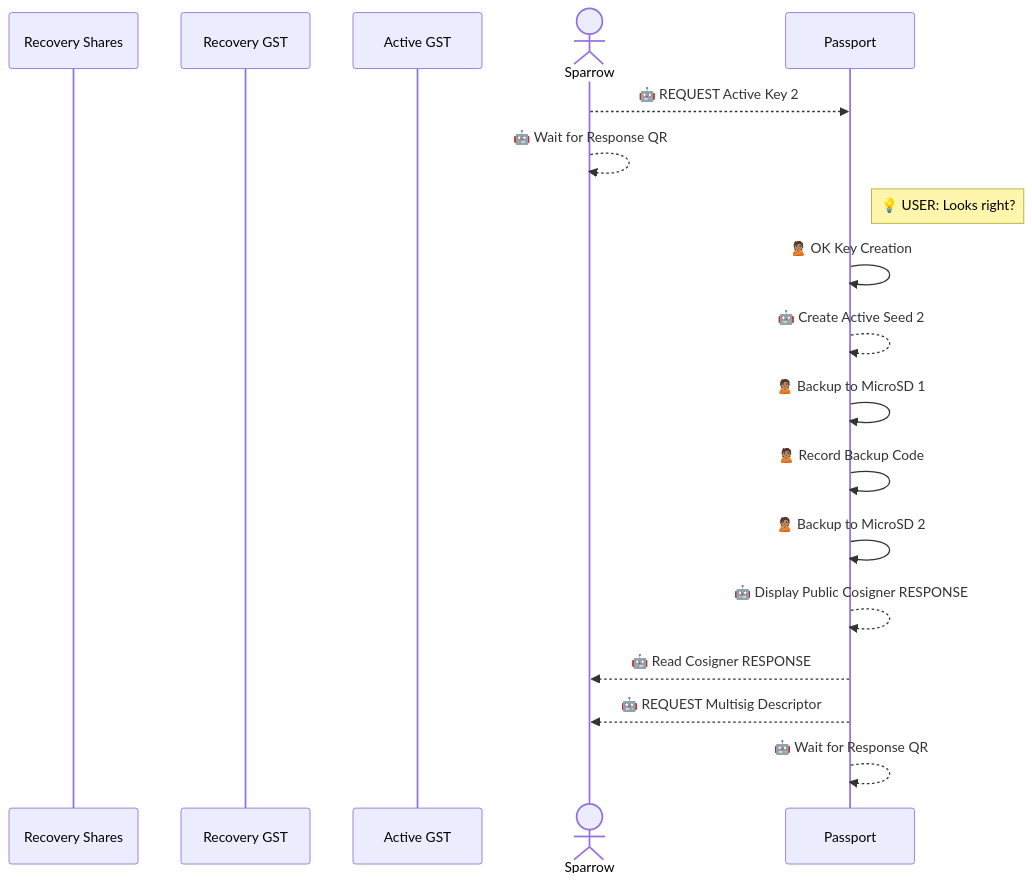
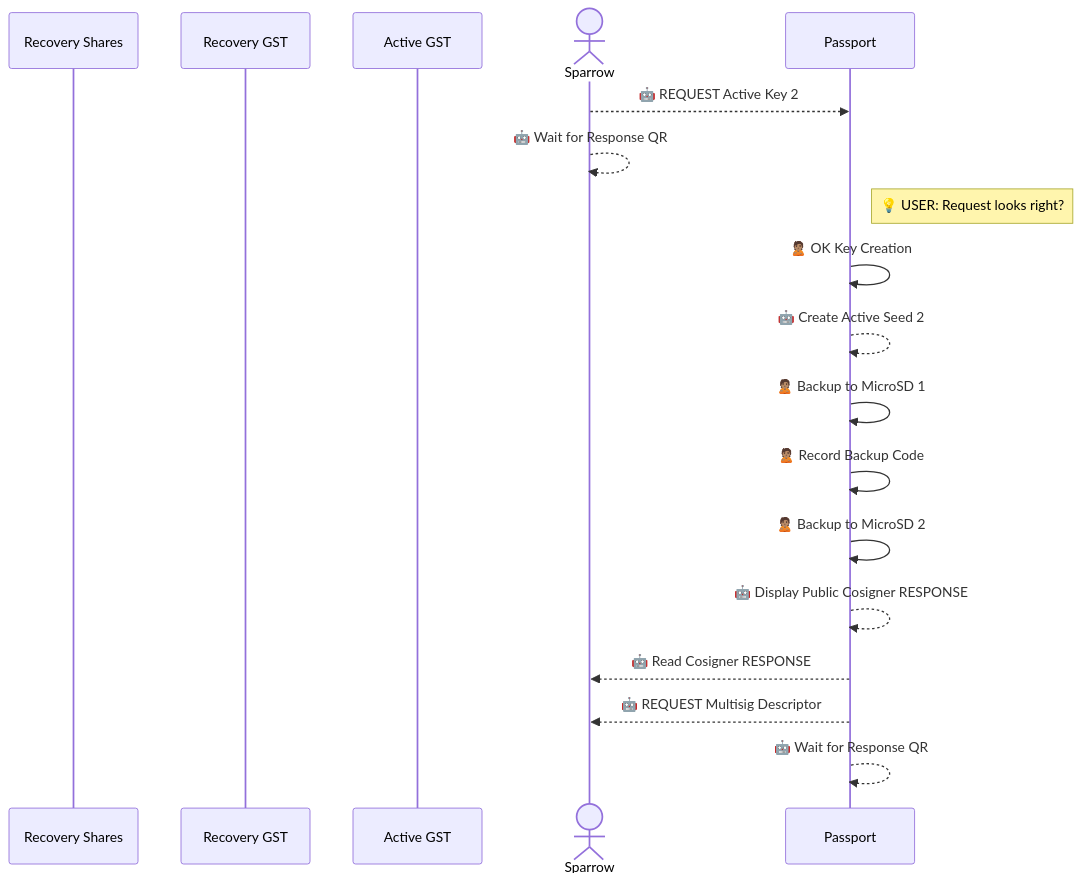
The tenth of 12 diagrams in Docs/Scenario-Multisig-RR.md (BlockchainCommons/SmartCustody), drawn with Mermaid before and after one commit. The commit also changed other lines of this file, not shown here.

````diff
--- a/Docs/Scenario-Multisig-RR.md
+++ b/Docs/Scenario-Multisig-RR.md
@@ -268,21 +270,21 @@
 ```mermaid
 sequenceDiagram
 participant Rs as Recovery Shares
 participant R as Recovery GST
 participant S1 as Active GST
 actor TC as Sparrow
 participant S2 as Passport
 
 TC-->>S2: 🤖 REQUEST Active Key 2
 TC-->>TC: 🤖 Wait for Response QR
-note right of S2: 💡 USER: Looks right?
+note right of S2: 💡 USER: Request looks right?
 S2->>S2: 🙎🏽 OK Key Creation
 S2-->>S2: 🤖 Create Active Seed 2
 S2->>S2: 🙎🏽 Backup to MicroSD 1
 S2->>S2: 🙎🏽 Record Backup Code
 S2->>S2: 🙎🏽 Backup to MicroSD 2
 S2-->>S2: 🤖 Display Public Cosigner RESPONSE
 S2-->>TC: 🤖 Read Cosigner RESPONSE
 S2-->>TC: 🤖 REQUEST Multisig Descriptor
 S2-->>S2: 🤖 Wait for Response QR
 ```
````
